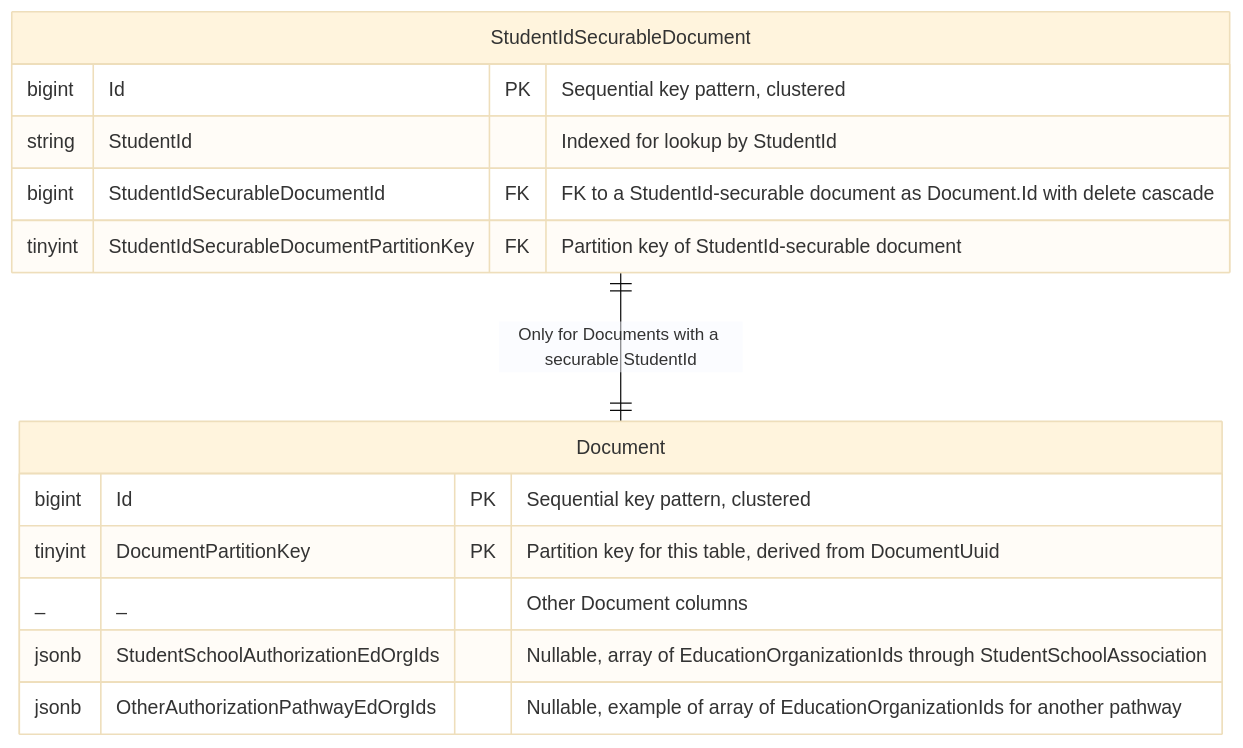
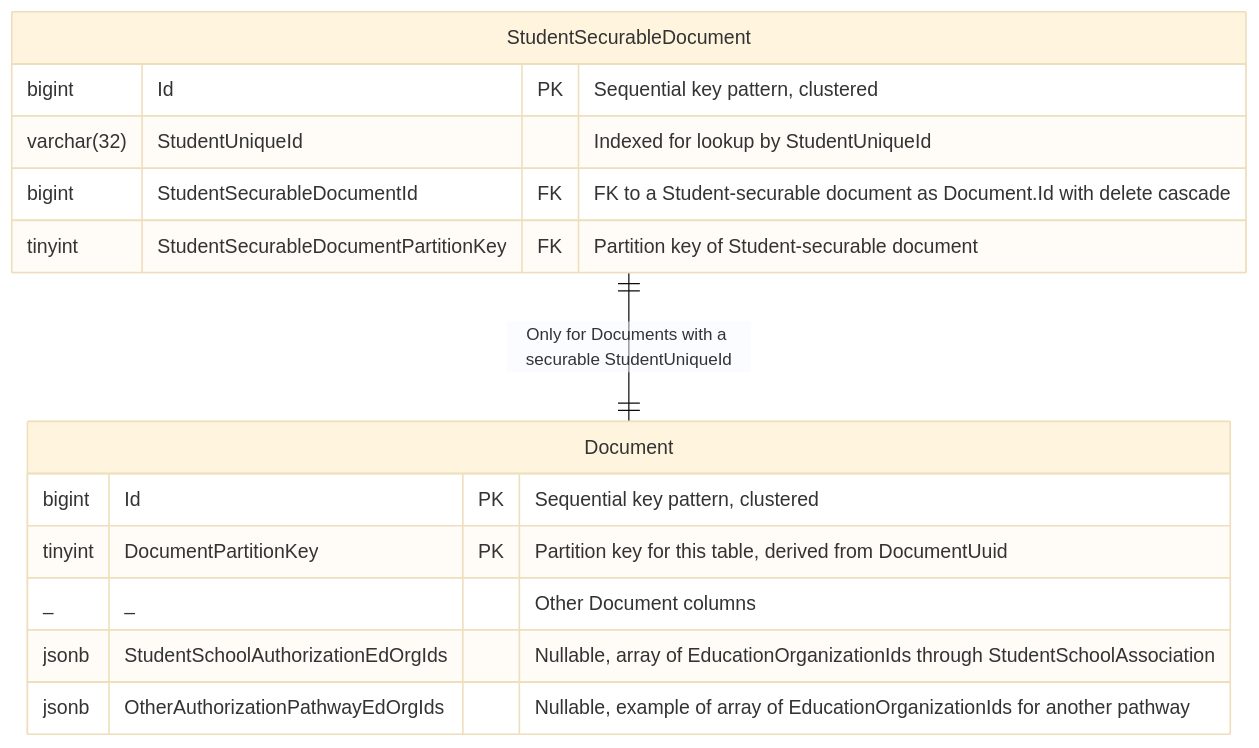
The second of 2 diagrams in docs/DMS/AUTHORIZATION/DOCUMENT-AUTHORIZATION/STUDENT-EDORG-AUTHORIZATION.md (Ed-Fi-Alliance-OSS/Project-Tanager), drawn with Mermaid (base theme) before and after one commit. The commit also changed other lines of this file, not shown here.

Commit message:
[DMS-584] align Student-securable

````diff
--- a/docs/DMS/AUTHORIZATION/DOCUMENT-AUTHORIZATION/STUDENT-EDORG-AUTHORIZATION.md
+++ b/docs/DMS/AUTHORIZATION/DOCUMENT-AUTHORIZATION/STUDENT-EDORG-AUTHORIZATION.md
@@ -58,18 +58,18 @@
 ```mermaid
 erDiagram
-    StudentIdSecurableDocument ||--|| Document : "Only for Documents with a securable StudentId"
+    StudentSecurableDocument ||--|| Document : "Only for Documents with a securable StudentUniqueId"
 
     Document {
         bigint Id PK "Sequential key pattern, clustered"
         tinyint DocumentPartitionKey PK "Partition key for this table, derived from DocumentUuid"
         _ _ "Other Document columns"
         jsonb StudentSchoolAuthorizationEdOrgIds "Nullable, array of EducationOrganizationIds through StudentSchoolAssociation"
         jsonb OtherAuthorizationPathwayEdOrgIds "Nullable, example of array of EducationOrganizationIds for another pathway"
     }
-    StudentIdSecurableDocument {
+    StudentSecurableDocument {
         bigint Id PK "Sequential key pattern, clustered"
-        string StudentId "Indexed for lookup by StudentId"
-        bigint StudentIdSecurableDocumentId FK "FK to a StudentId-securable document as Document.Id with delete cascade"
-        tinyint StudentIdSecurableDocumentPartitionKey FK "Partition key of StudentId-securable document"
+        varchar(32) StudentUniqueId "Indexed for lookup by StudentUniqueId"
+        bigint StudentSecurableDocumentId FK "FK to a Student-securable document as Document.Id with delete cascade"
+        tinyint StudentSecurableDocumentPartitionKey FK "Partition key of Student-securable document"
     }
 ```
````
